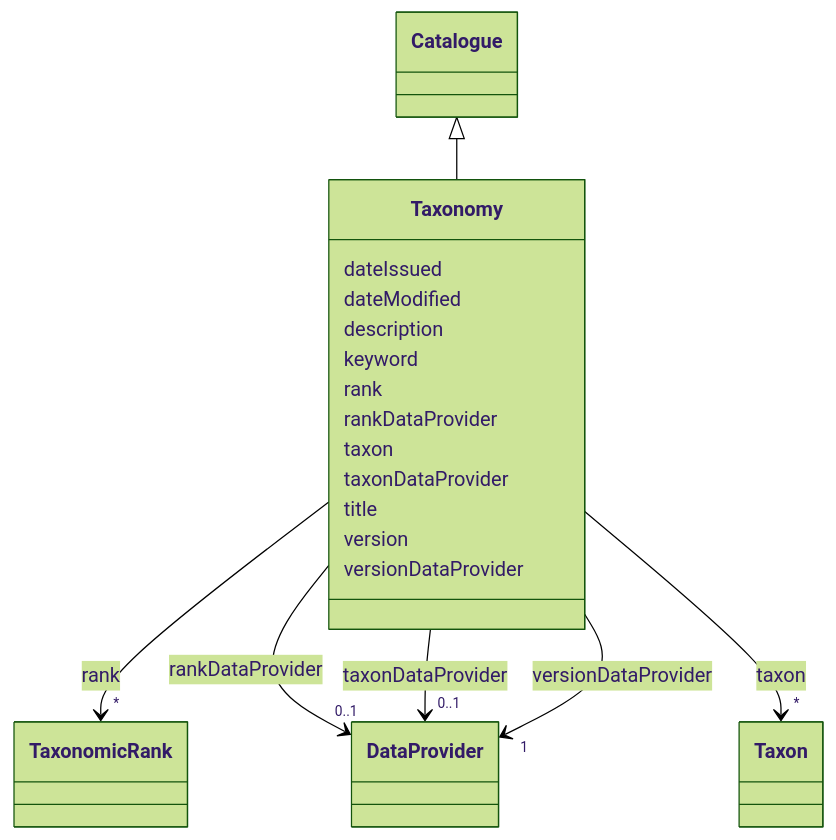
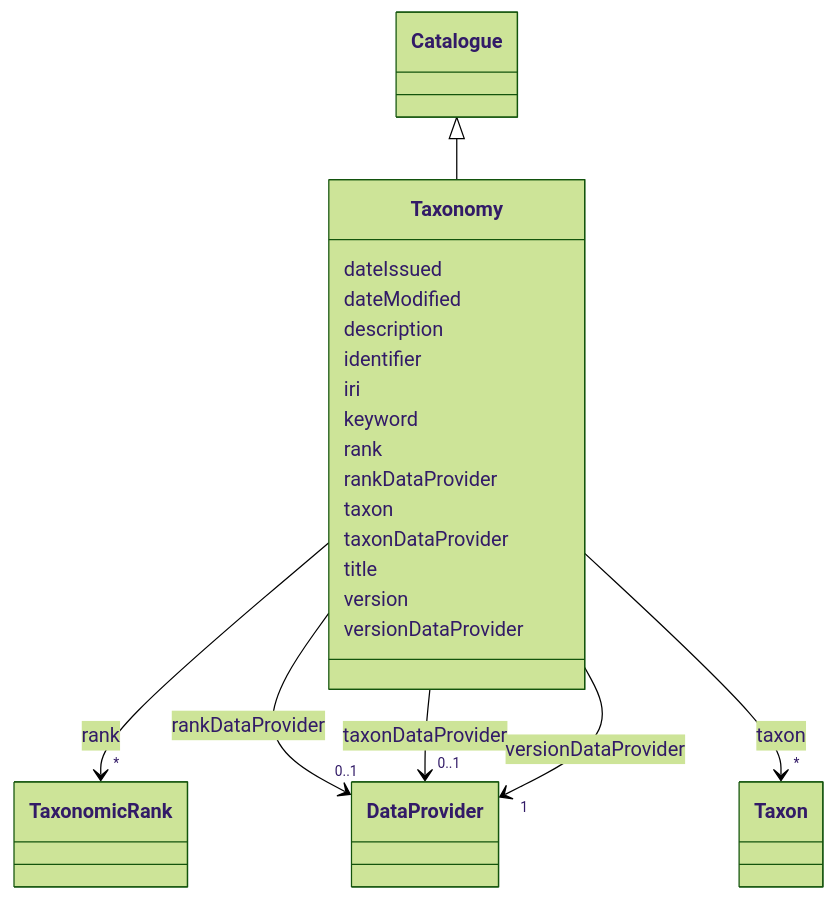
One commit to EVORA-project/evora-ontology changed the diagram in models/docs/Taxonomy.md. Above: the diagram before and after it, drawn with Mermaid (forest theme). The commit also changed other lines of this file and 391 other files, not shown here.

````diff
--- a/models/docs/Taxonomy.md
+++ b/models/docs/Taxonomy.md
@@ -19,66 +19,70 @@
 ```mermaid
  classDiagram
     class Taxonomy
     click Taxonomy href "../Taxonomy"
       Catalogue <|-- Taxonomy
         click Catalogue href "../Catalogue"
       
       Taxonomy : dateIssued
         
       Taxonomy : dateModified
         
       Taxonomy : description
+        
+      Taxonomy : identifier
+        
+      Taxonomy : iri
         
       Taxonomy : keyword
         
       Taxonomy : rank
         
           
     
     
     Taxonomy --> "*" TaxonomicRank : rank
     click TaxonomicRank href "../TaxonomicRank"
 
         
       Taxonomy : rankDataProvider
         
           
     
     
     Taxonomy --> "0..1" DataProvider : rankDataProvider
     click DataProvider href "../DataProvider"
 
         
       Taxonomy : taxon
         
           
     
     
     Taxonomy --> "*" Taxon : taxon
     click Taxon href "../Taxon"
 
         
       Taxonomy : taxonDataProvider
         
           
     
     
     Taxonomy --> "0..1" DataProvider : taxonDataProvider
     click DataProvider href "../DataProvider"
 
         
       Taxonomy : title
         
       Taxonomy : version
         
       Taxonomy : versionDataProvider
         
           
     
     
     Taxonomy --> "1" DataProvider : versionDataProvider
     click DataProvider href "../DataProvider"
 
         
       
 ```
````
